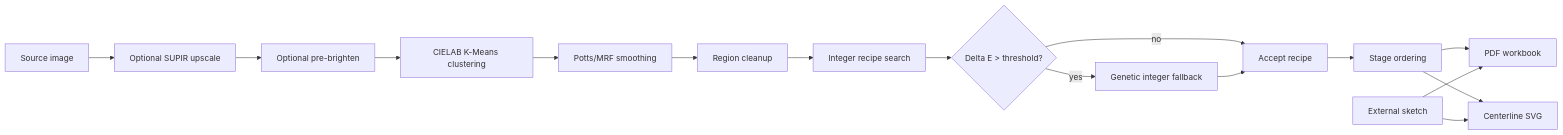
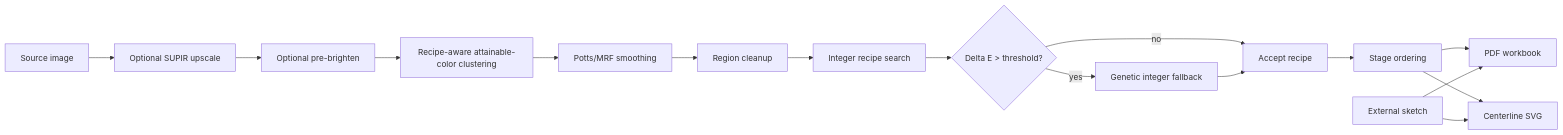
Before and after one commit to expectopatronm/Paint-by-Numbers-Generator: the diagram in README.md, drawn with Mermaid. The commit also changed other lines of this file and 6 other files, not shown here.

Commit message:
Use recipe-aware integer color clustering

````diff
--- a/README.md
+++ b/README.md
@@ -141,18 +141,18 @@
 ```mermaid
 flowchart LR
     A["Source image"] --> B["Optional SUPIR upscale"]
     B --> C["Optional pre-brighten"]
-    C --> D["CIELAB K-Means clustering"]
+    C --> D["Recipe-aware attainable-color clustering"]
     D --> E["Potts/MRF smoothing"]
     E --> F["Region cleanup"]
     F --> G["Integer recipe search"]
     G --> H{"Delta E > threshold?"}
     H -- "no" --> I["Accept recipe"]
     H -- "yes" --> J["Genetic integer fallback"]
     J --> I
     I --> K["Stage ordering"]
     K --> L["PDF workbook"]
     K --> M["Centerline SVG"]
     N["External sketch"] --> L
     N --> M
 ```
````
